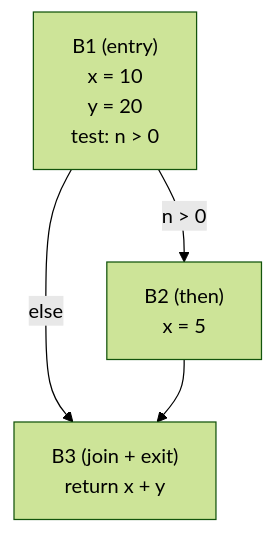
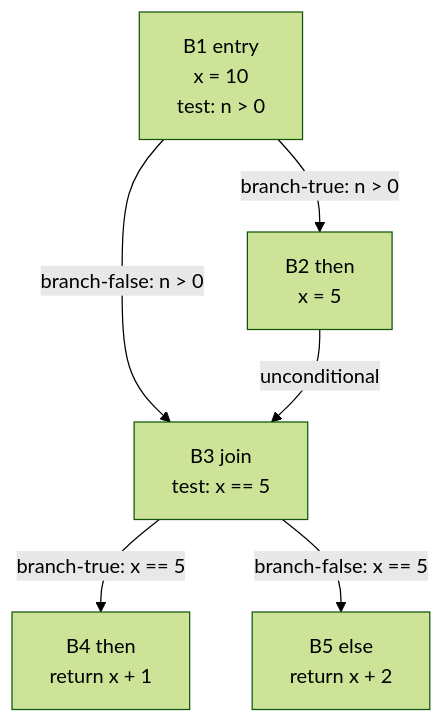
Before and after one commit to loyaltypollution/py-slang: the first of 4 diagrams in docs/dfa-framework-tutorial.md, drawn with Mermaid (forest theme). The commit also changed other lines of this file and 82 other files, not shown here.

````diff
--- a/docs/dfa-framework-tutorial.md
+++ b/docs/dfa-framework-tutorial.md
@@ -107,9 +71,14 @@
 ```mermaid
 flowchart TD
-    B1["B1 (entry)<br/>x = 10<br/>y = 20<br/>test: n &gt; 0"]
-    B2["B2 (then)<br/>x = 5"]
-    B3["B3 (join + exit)<br/>return x + y"]
-    B1 -- "n &gt; 0" --> B2
-    B1 -- "else"   --> B3
-    B2 --> B3
+    B1["B1 entry<br/>x = 10<br/>test: n > 0"]
+    B2["B2 then<br/>x = 5"]
+    B3["B3 join<br/>test: x == 5"]
+    B4["B4 then<br/>return x + 1"]
+    B5["B5 else<br/>return x + 2"]
+
+    B1 -- "branch-true: n > 0" --> B2
+    B1 -- "branch-false: n > 0" --> B3
+    B2 -- "unconditional" --> B3
+    B3 -- "branch-true: x == 5" --> B4
+    B3 -- "branch-false: x == 5" --> B5
 ```
````
